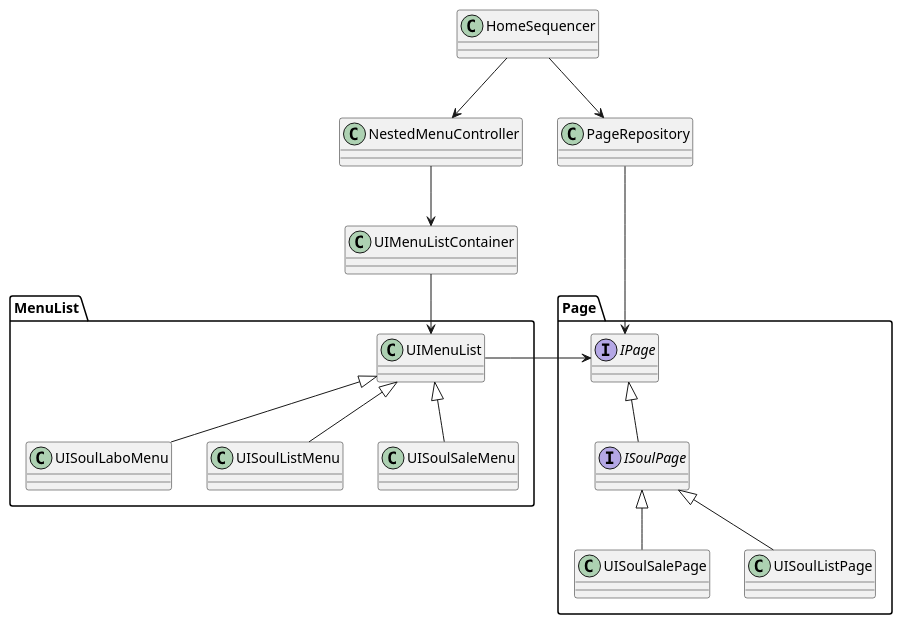
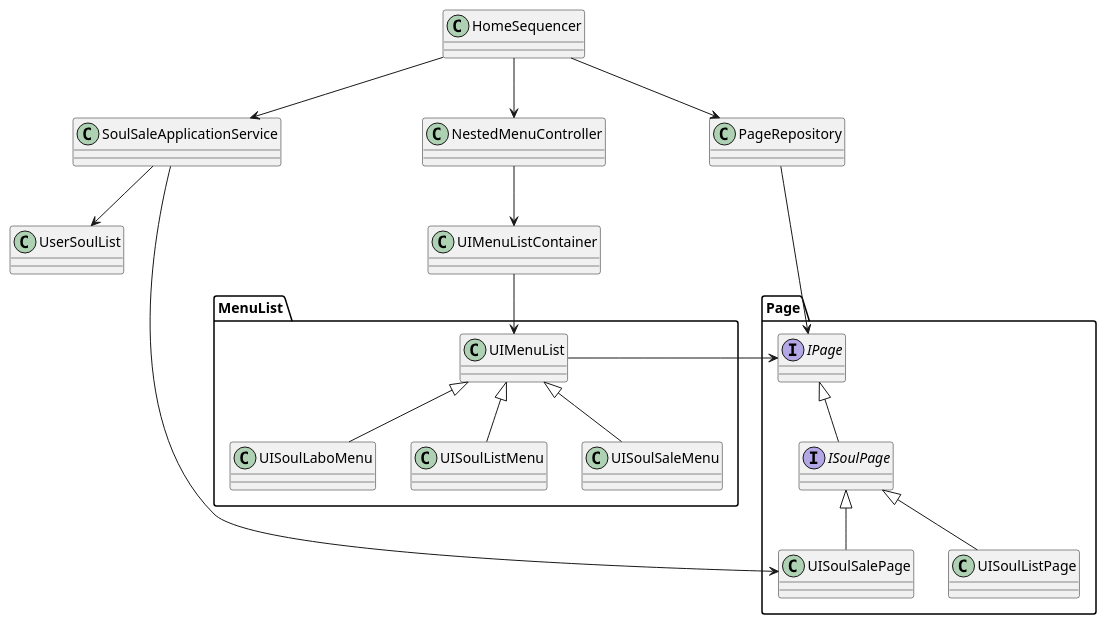
Before and after one commit to sim-mokomo/ECity: the diagram in PlantUML/Ecity.pu, drawn with PlantUML. The commit also changed 3 other files, not shown here.

```diff
--- a/PlantUML/Ecity.pu
+++ b/PlantUML/Ecity.pu
@@ -1,77 +1,89 @@
 @startuml
 
 
 class HomeSequencer
 {
     
 }
 
 class UIMenuListContainer
 {
 }
 
 package MenuList
 {
     class UISoulLaboMenu
     {
     }
     
     class UISoulListMenu
     {
     }
     
     class UISoulSaleMenu
     {
     }
     
     class UIMenuList
     {
     }
 }
 
 package Page
 {
     interface IPage
     {
     }
 
     interface ISoulPage
     {
 
     }
     
     class UISoulSalePage
     {
     }
     
     class UISoulListPage
     {
     }
 
     ISoulPage --u|> IPage
     UISoulListPage --u|> ISoulPage
     UISoulSalePage --u|> ISoulPage
 }
 
+class UserSoulList
+{
+
+}
+
+class SoulSaleApplicationService
+{
+
+}
+SoulSaleApplicationService --> UISoulSalePage
+SoulSaleApplicationService --> UserSoulList
 
 
 class NestedMenuController
 {
 }
 
 class PageRepository
 {
 
 }
 
 HomeSequencer --> NestedMenuController
 HomeSequencer --> PageRepository
+HomeSequencer --> SoulSaleApplicationService
 PageRepository --> IPage
 NestedMenuController --> UIMenuListContainer
 UIMenuListContainer --> UIMenuList
 UISoulLaboMenu --u|> UIMenuList
 UISoulSaleMenu --u|> UIMenuList
 UISoulListMenu --u|> UIMenuList
 UIMenuList -> IPage
 
 @enduml
```
